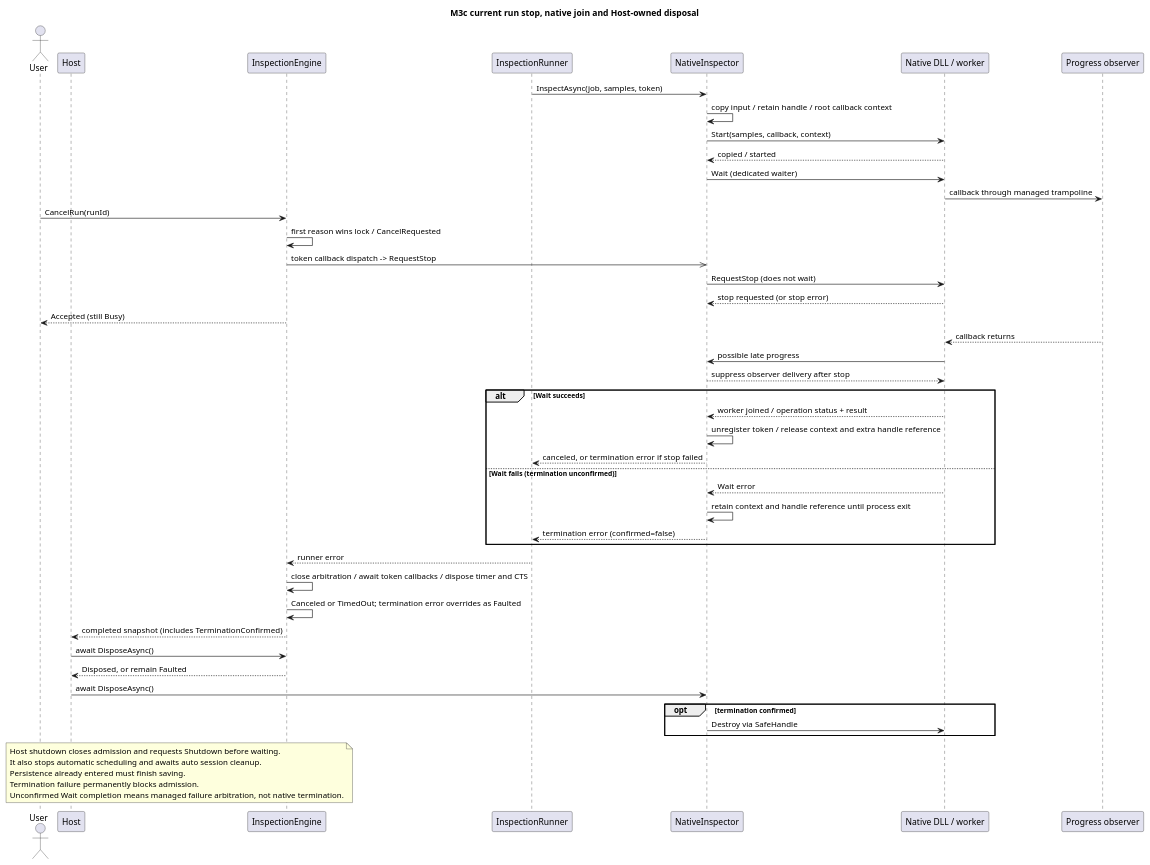
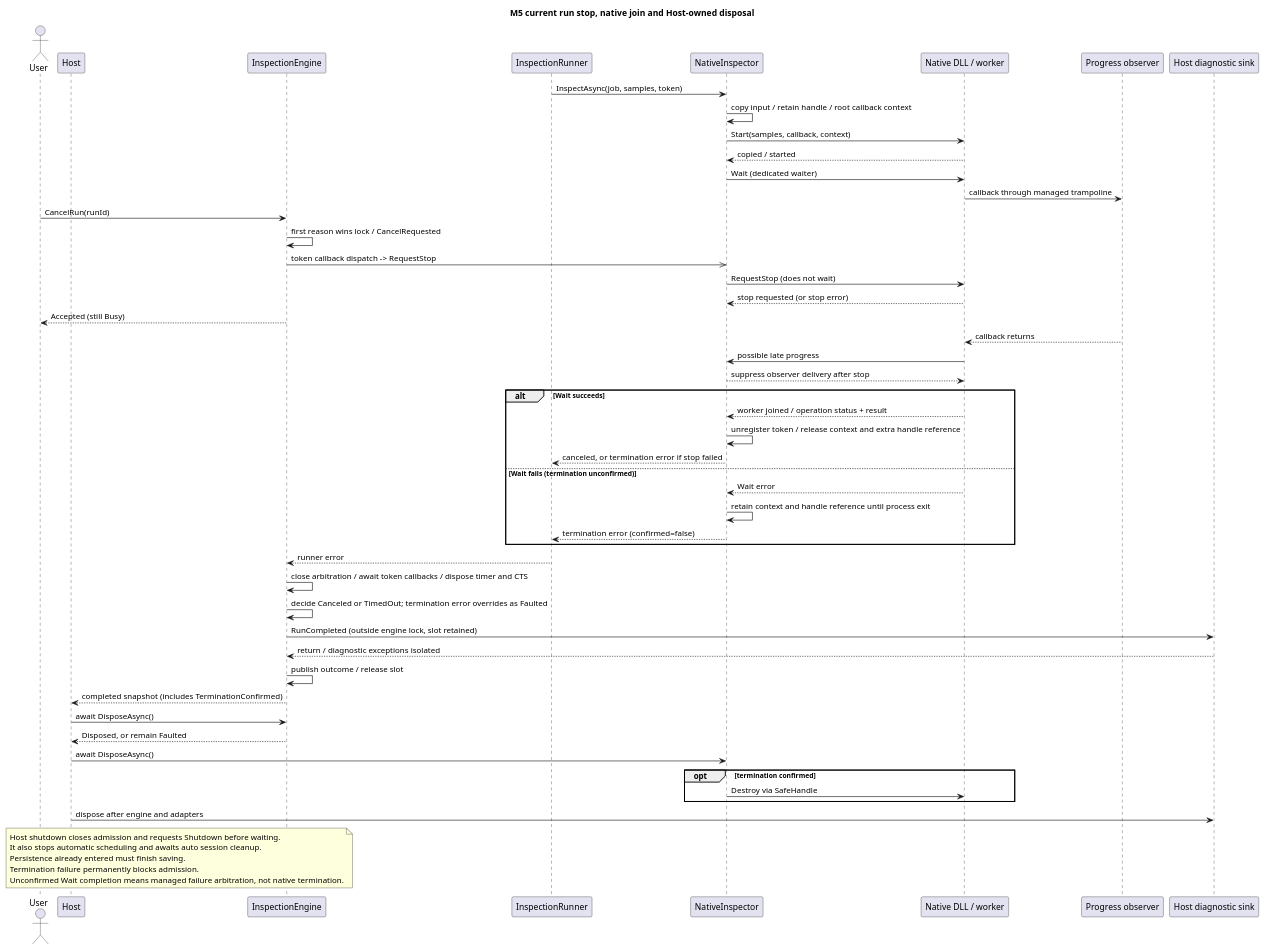
Before and after one commit to Myoungmin/CSharp-InspectionCore-Lab: the diagram in docs/diagrams/cancel-shutdown-sequence.puml, drawn with PlantUML. The commit also changed 53 other files, not shown here.

```diff
--- a/docs/diagrams/cancel-shutdown-sequence.puml
+++ b/docs/diagrams/cancel-shutdown-sequence.puml
@@ -1,51 +1,56 @@
 @startuml cancel-shutdown-sequence
-title M3c current run stop, native join and Host-owned disposal
+title M5 current run stop, native join and Host-owned disposal
 actor User
 participant Host
 participant InspectionEngine as Engine
 participant InspectionRunner as Runner
 participant NativeInspector as Inspector
 participant "Native DLL / worker" as DLL
 participant "Progress observer" as Observer
+participant "Host diagnostic sink" as Log
 Runner -> Inspector : InspectAsync(job, samples, token)
 Inspector -> Inspector : copy input / retain handle / root callback context
 Inspector -> DLL : Start(samples, callback, context)
 DLL --> Inspector : copied / started
 Inspector -> DLL : Wait (dedicated waiter)
 DLL -> Observer : callback through managed trampoline
 User -> Engine : CancelRun(runId)
 Engine -> Engine : first reason wins lock / CancelRequested
 Engine ->> Inspector : token callback dispatch -> RequestStop
 Inspector -> DLL : RequestStop (does not wait)
 DLL --> Inspector : stop requested (or stop error)
 Engine --> User : Accepted (still Busy)
 Observer --> DLL : callback returns
 DLL -> Inspector : possible late progress
 Inspector --> DLL : suppress observer delivery after stop
 alt Wait succeeds
 DLL --> Inspector : worker joined / operation status + result
 Inspector -> Inspector : unregister token / release context and extra handle reference
 Inspector --> Runner : canceled, or termination error if stop failed
 else Wait fails (termination unconfirmed)
 DLL --> Inspector : Wait error
 Inspector -> Inspector : retain context and handle reference until process exit
 Inspector --> Runner : termination error (confirmed=false)
 end
 Runner --> Engine : runner error
 Engine -> Engine : close arbitration / await token callbacks / dispose timer and CTS
-Engine -> Engine : Canceled or TimedOut; termination error overrides as Faulted
+Engine -> Engine : decide Canceled or TimedOut; termination error overrides as Faulted
+Engine -> Log : RunCompleted (outside engine lock, slot retained)
+Log --> Engine : return / diagnostic exceptions isolated
+Engine -> Engine : publish outcome / release slot
 Engine --> Host : completed snapshot (includes TerminationConfirmed)
 Host -> Engine : await DisposeAsync()
 Engine --> Host : Disposed, or remain Faulted
 Host -> Inspector : await DisposeAsync()
 opt termination confirmed
 Inspector -> DLL : Destroy via SafeHandle
 end
+Host -> Log : dispose after engine and adapters
 note over Host, Engine
 Host shutdown closes admission and requests Shutdown before waiting.
 It also stops automatic scheduling and awaits auto session cleanup.
 Persistence already entered must finish saving.
 Termination failure permanently blocks admission.
 Unconfirmed Wait completion means managed failure arbitration, not native termination.
 end note
 @enduml
```
